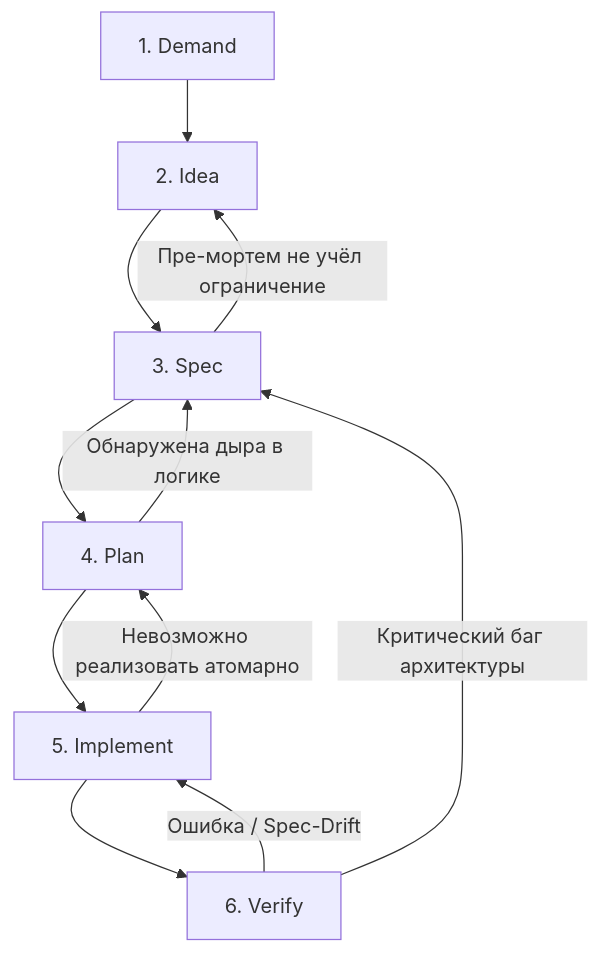
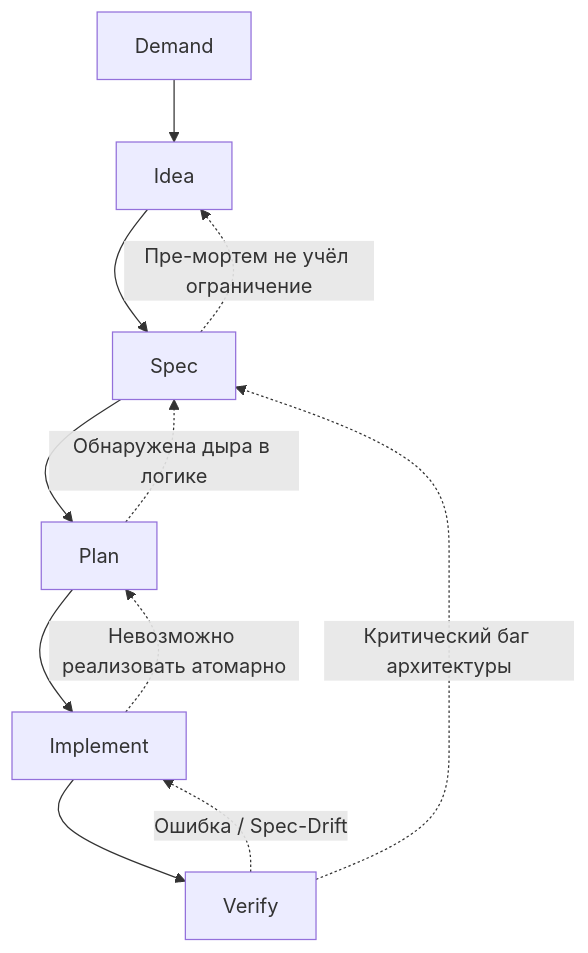
Before and after one commit to bulbigood/dispiv: the second of 2 diagrams in README.md, drawn with Mermaid. The commit also changed other lines of this file, not shown here.

````diff
--- a/README.md
+++ b/README.md
@@ -77,14 +77,14 @@
 ```mermaid
 graph TD
-    D[1. Demand] --> I[2. Idea]
-    I --> S[3. Spec]
-    S --> P[4. Plan]
-    P --> B[5. Implement]
-    B --> V[6. Verify]
+    D[Demand] --> I[Idea]
+    I --> S[Spec]
+    S --> P[Plan]
+    P --> B[Implement]
+    B --> V[Verify]
 
-    V -- "Ошибка / Spec-Drift" --> B
-    V -- "Критический баг архитектуры" --> S
-    B -- "Невозможно реализовать атомарно" --> P
-    P -- "Обнаружена дыра в логике" --> S
-    S -- "Пре-мортем не учёл ограничение" --> I
+    V -. "Ошибка / Spec-Drift" .-> B
+    V -. "Критический баг архитектуры" .-> S
+    B -. "Невозможно реализовать атомарно" .-> P
+    P -. "Обнаружена дыра в логике" .-> S
+    S -. "Пре-мортем не учёл ограничение" .-> I
 ```
````
